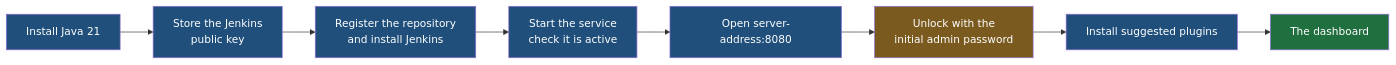
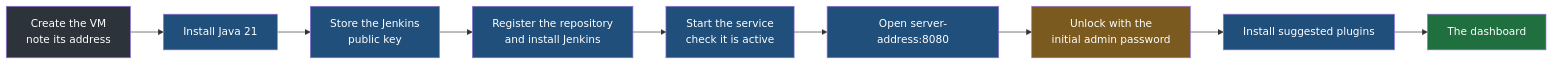
The third of 3 diagrams in Devops/05-CI-CD/12-Installing-Jenkins.md (Dummy-Bug/system-design-handbook), drawn with Mermaid before and after one commit. The commit also changed other lines of this file and 27 other files, not shown here.

````diff
--- a/Devops/05-CI-CD/12-Installing-Jenkins.md
+++ b/Devops/05-CI-CD/12-Installing-Jenkins.md
@@ -154,18 +229,20 @@
 ```mermaid
 flowchart LR
-    A["Install Java 21"] --> B["Store the Jenkins<br/>public key"]
+    V["Create the VM<br/>note its address"] --> A["Install Java 21"]
+    A --> B["Store the Jenkins<br/>public key"]
     B --> C["Register the repository<br/>and install Jenkins"]
     C --> D["Start the service<br/>check it is active"]
     D --> E["Open server-address:8080"]
     E --> F["Unlock with the<br/>initial admin password"]
     F --> G["Install suggested plugins"]
     G --> H["The dashboard"]
+    style V fill:#2d333b,color:#fff
     style A fill:#1f4f7a,color:#fff
     style B fill:#1f4f7a,color:#fff
     style C fill:#1f4f7a,color:#fff
     style D fill:#1f4f7a,color:#fff
     style E fill:#1f4f7a,color:#fff
     style F fill:#7a5a1f,color:#fff
     style G fill:#1f4f7a,color:#fff
     style H fill:#1f6f3f,color:#fff
 ```
````
